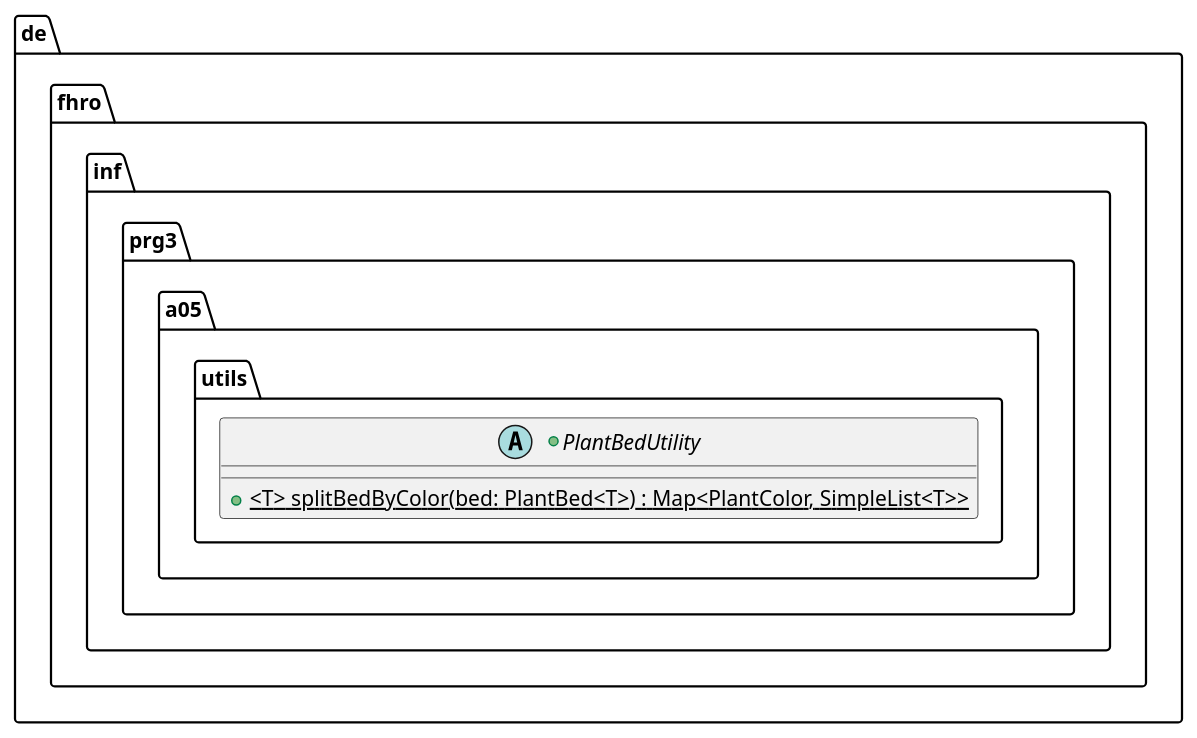
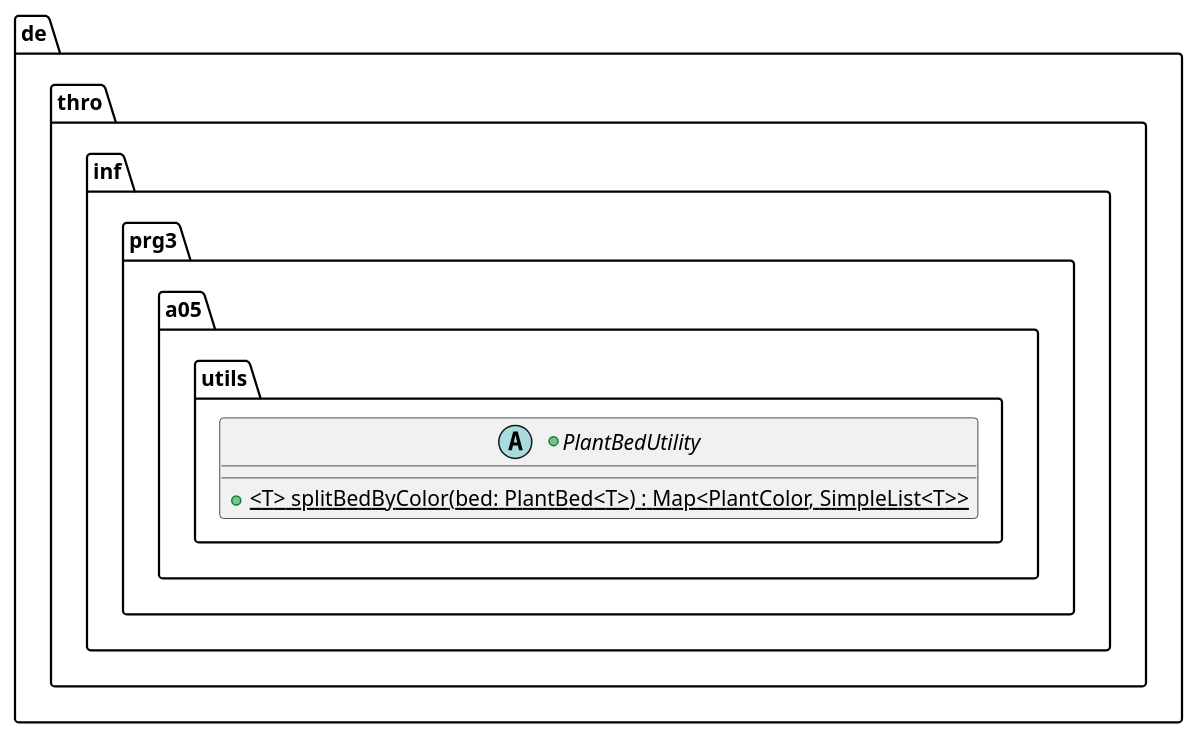
Before and after one commit to studlinnth6233/05-generic-bounds: the diagram in assets/class-spec-3.plantuml, drawn with PlantUML. The commit also changed 17 other files, not shown here.

```diff
--- a/assets/class-spec-3.plantuml
+++ b/assets/class-spec-3.plantuml
@@ -1,7 +1,7 @@
 @startuml
-package de.fhro.inf.prg3.a05.utils {
+package de.thro.inf.prg3.a05.utils {
     +abstract class PlantBedUtility{
         +{static} <T> splitBedByColor(bed: PlantBed<T>) : Map<PlantColor, SimpleList<T>>
     }
 }
 @enduml
```
